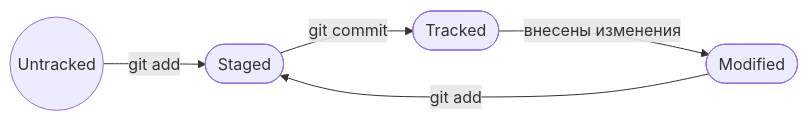
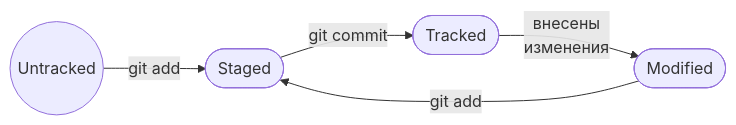
One commit to jjuiiva/homework1 changed the diagram in README.md. Above: the diagram before and after it, drawn with Mermaid.

Commit message:
Попытка 10 исправить неработающую схему

````diff
--- a/README.md
+++ b/README.md
@@ -84,13 +84,14 @@
 ```mermaid
 flowchart LR
 
     A((Untracked))
     B([Staged])
     C([Modified])
     D([Tracked])
 
     A --git add--> B
     B --git commit--> D
-    D --внесены изменения--> C
+    D --внесены 
+	изменения--> C
     C --git add--> B
 ```
````
